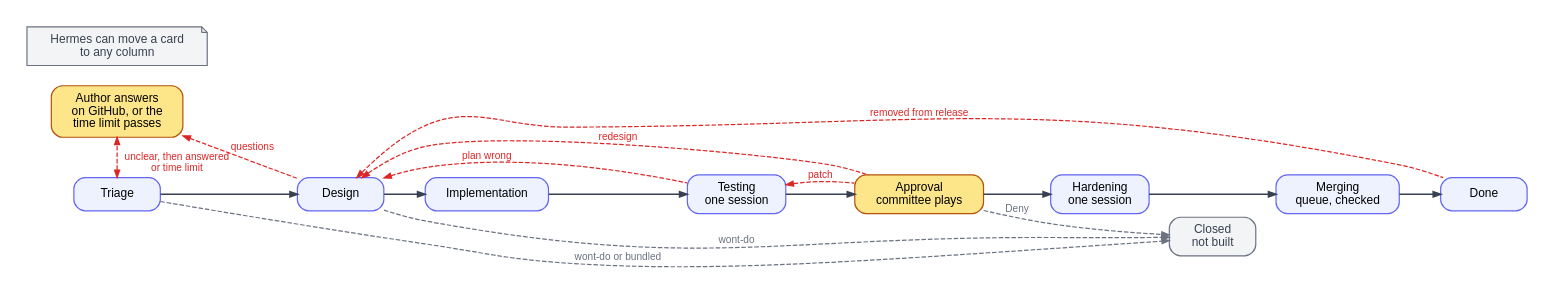
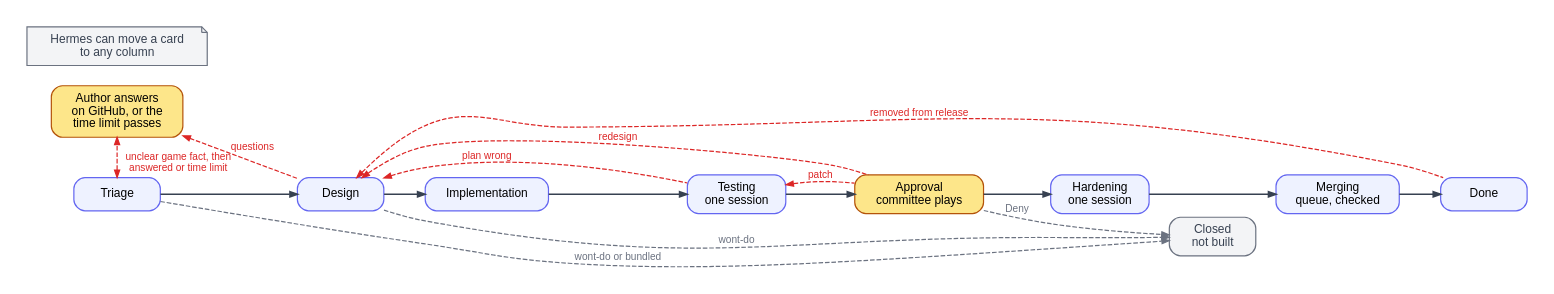
Before and after one commit to btseytlin/road-machiners: the diagram in factory/docs/diagrams/lifecycle.dot, drawn with Graphviz. The commit also changed 3 other files, not shown here.

```diff
--- a/factory/docs/diagrams/lifecycle.dot
+++ b/factory/docs/diagrams/lifecycle.dot
@@ -1,25 +1,25 @@
 // Card lifecycle. Black: normal path. Red: loops back. Grey: ends early. Yellow: waits for people, and the author wait has a time limit.
 digraph lifecycle {
   rankdir=LR; nodesep=0.3; ranksep=0.6; bgcolor=white; pad=0.3; forcelabels=true;
   node [shape=box, style="rounded,filled", fillcolor="#eef2ff", color="#6366f1", fontname="Helvetica", fontsize=13, margin="0.2,0.1", penwidth=1.3, width=1.3];
   edge [color="#374151", penwidth=1.8, arrowsize=0.8, fontname="Helvetica", fontsize=11];
   T [label="Triage"]; D [label="Design"]; I [label="Implementation"];
   P [label="Testing\none session"]; A [label="Approval\ncommittee plays", fillcolor="#fde68a", color="#b45309"];
   H [label="Hardening\none session"]; G [label="Merging\nqueue, checked"]; M [label="Done"];
   W [label="Author answers\non GitHub, or the\ntime limit passes", fillcolor="#fde68a", color="#b45309"];
   N [label="Hermes can move a card\nto any column", shape=note, style=filled, fillcolor="#f3f4f6", color="#6b7280", fontcolor="#374151"];
   X [label="Closed\nnot built", fillcolor="#f3f4f6", color="#6b7280", fontcolor="#374151"];
   T -> D -> I -> P -> A -> H -> G -> M [weight=100];
   // A loop is drawn as a forward edge with its arrow reversed, so it never bends the main line.
   edge [color="#dc2626", fontcolor="#dc2626", style=dashed, penwidth=1.3, dir=back, weight=0];
-  T -> W [xlabel="unclear, then answered\nor time limit", dir=both, constraint=false];
+  T -> W [xlabel="unclear game fact, then\nanswered or time limit", dir=both, constraint=false];
   W -> D [label="questions"];
   D -> P [label="plan wrong"];
   P -> A [label="patch"];
   D -> A [label="redesign"];
   D -> M [label="removed from release"];
   edge [color="#6b7280", fontcolor="#6b7280", style=dashed, penwidth=1.3, dir=forward, weight=0];
   T -> X [label="wont-do or bundled"];
   D -> X [label="wont-do"];
   A -> X [label="Deny"];
 }
```
